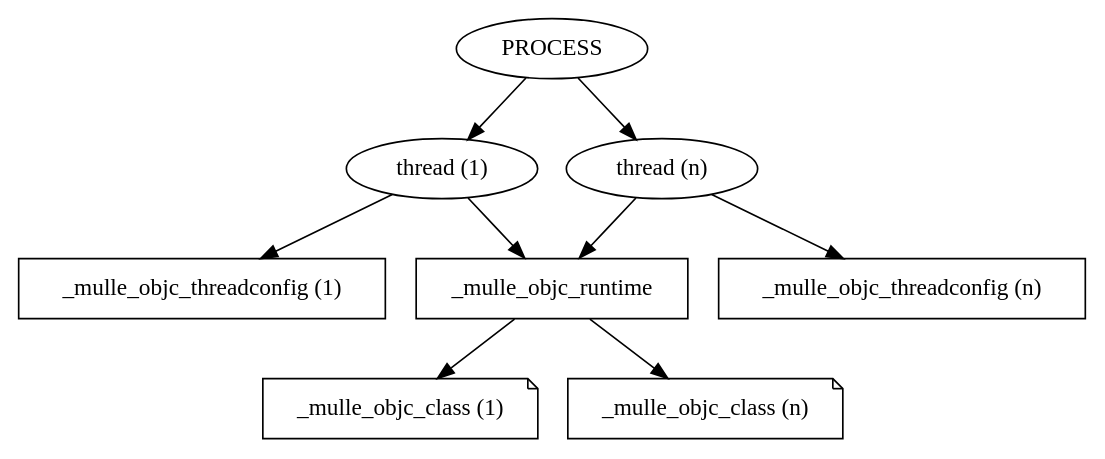
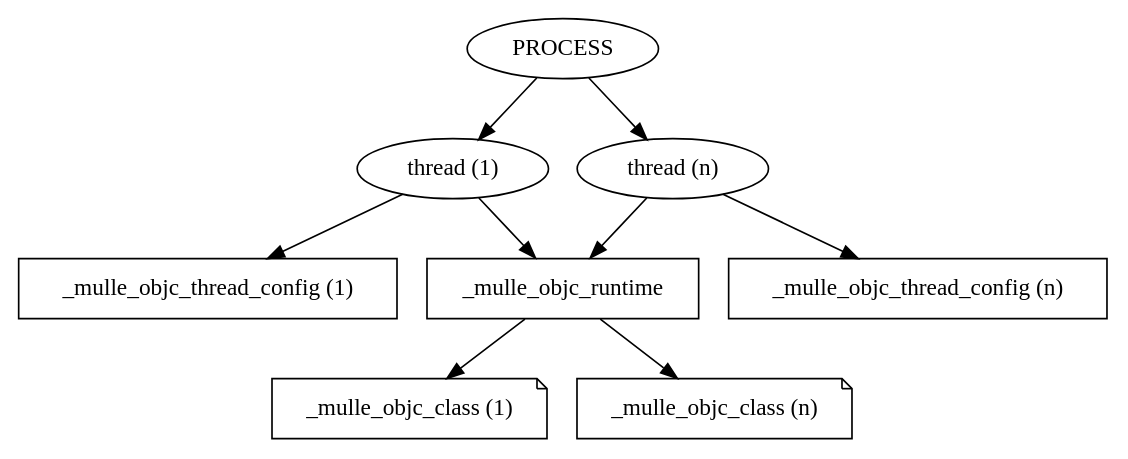
Before and after one commit to mulle-objc/mulle-objc-runtime: the diagram in dox/global_runtime.dot, drawn with Graphviz. The commit also changed 65 other files, not shown here.

```diff
--- a/dox/global_runtime.dot
+++ b/dox/global_runtime.dot
@@ -1,17 +1,17 @@
 digraph global_concept
 {
    PROCESS -> "thread (1)"
    PROCESS -> "thread (n)"
 
    node [shape="box"];
 
   "thread (1)" -> "_mulle_objc_runtime"
   "thread (n)" -> "_mulle_objc_runtime"
-  "thread (1)" -> "_mulle_objc_threadconfig (1)"
-  "thread (n)" -> "_mulle_objc_threadconfig (n)"
+  "thread (1)" -> "_mulle_objc_thread_config (1)"
+  "thread (n)" -> "_mulle_objc_thread_config (n)"
 
    node [shape="note"];
 
   "_mulle_objc_runtime" -> "_mulle_objc_class (1)"
   "_mulle_objc_runtime" -> "_mulle_objc_class (n)"
 }
```
